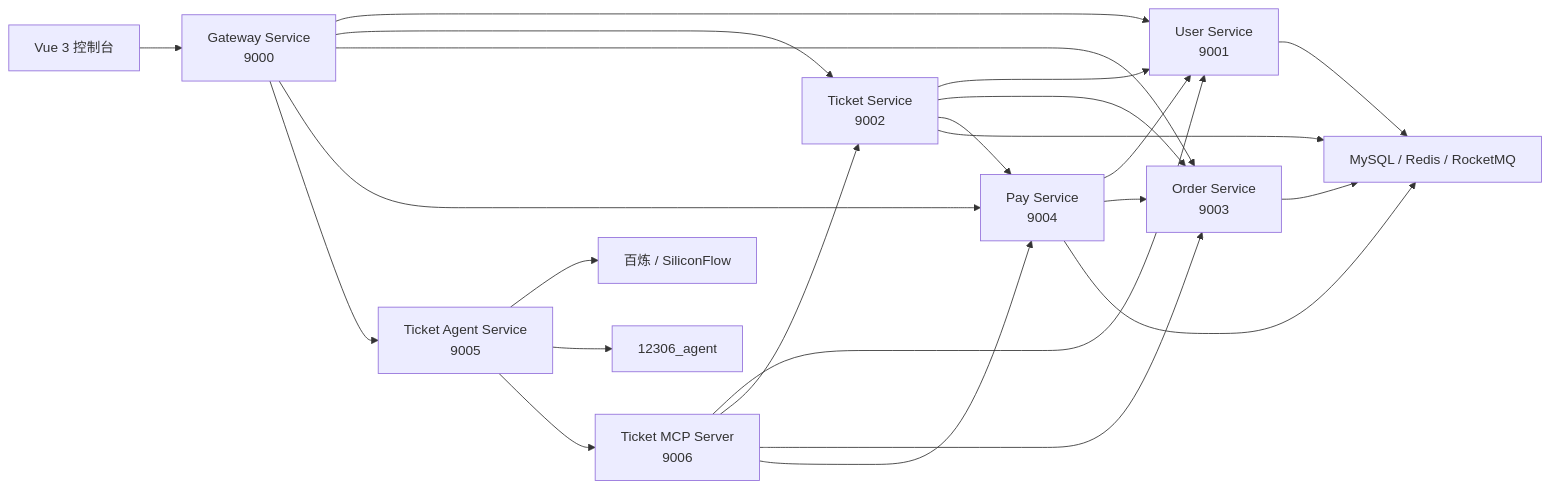
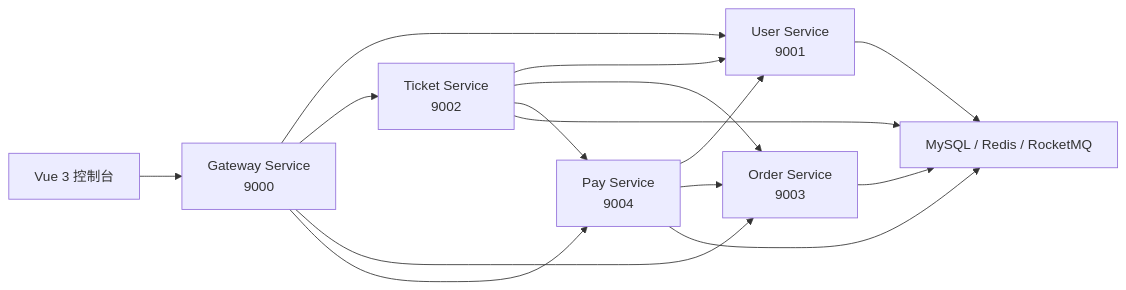
Before and after one commit to zhangkp702-stack/Intelligent-ticketing-platform: the second of 2 diagrams in README.md, drawn with Mermaid. The commit also changed other lines of this file, not shown here.

Commit message:
refactor(ticket-service): 删除项目智能体描述

````diff
--- a/README.md
+++ b/README.md
@@ -50,25 +39,17 @@
 ```mermaid
 flowchart LR
     UI["Vue 3 控制台"] --> GW["Gateway Service<br/>9000"]
     GW --> USER["User Service<br/>9001"]
     GW --> TICKET["Ticket Service<br/>9002"]
     GW --> ORDER["Order Service<br/>9003"]
     GW --> PAY["Pay Service<br/>9004"]
-    GW --> AGENT["Ticket Agent Service<br/>9005"]
-    AGENT --> MODEL["百炼 / SiliconFlow"]
-    AGENT --> AGENT_DB["12306_agent"]
-    AGENT --> MCP["Ticket MCP Server<br/>9006"]
-    MCP --> USER
-    MCP --> TICKET
-    MCP --> ORDER
-    MCP --> PAY
     TICKET --> USER
     TICKET --> ORDER
     TICKET --> PAY
     PAY --> USER
     PAY --> ORDER
     USER --> INFRA["MySQL / Redis / RocketMQ"]
     TICKET --> INFRA
     ORDER --> INFRA
     PAY --> INFRA
 ```
````
